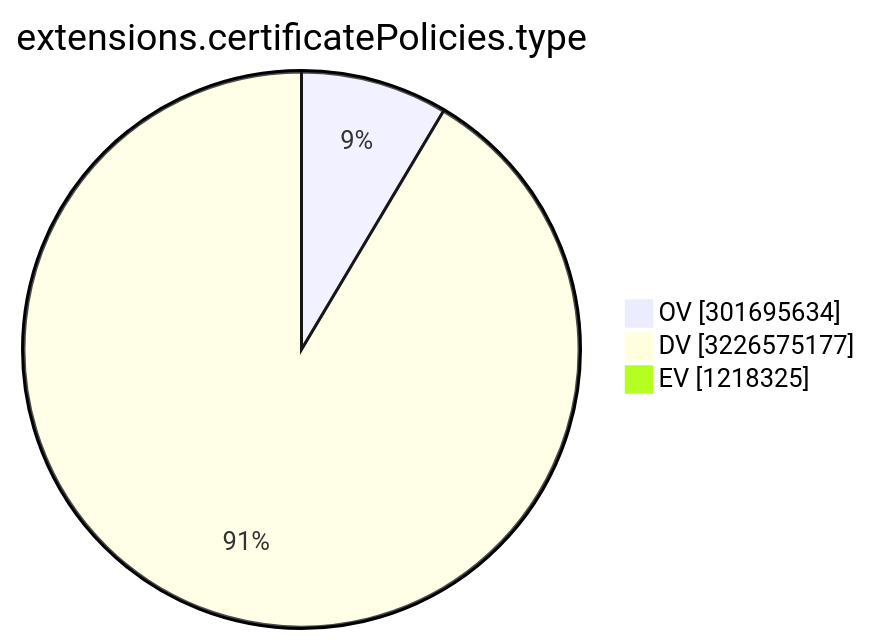
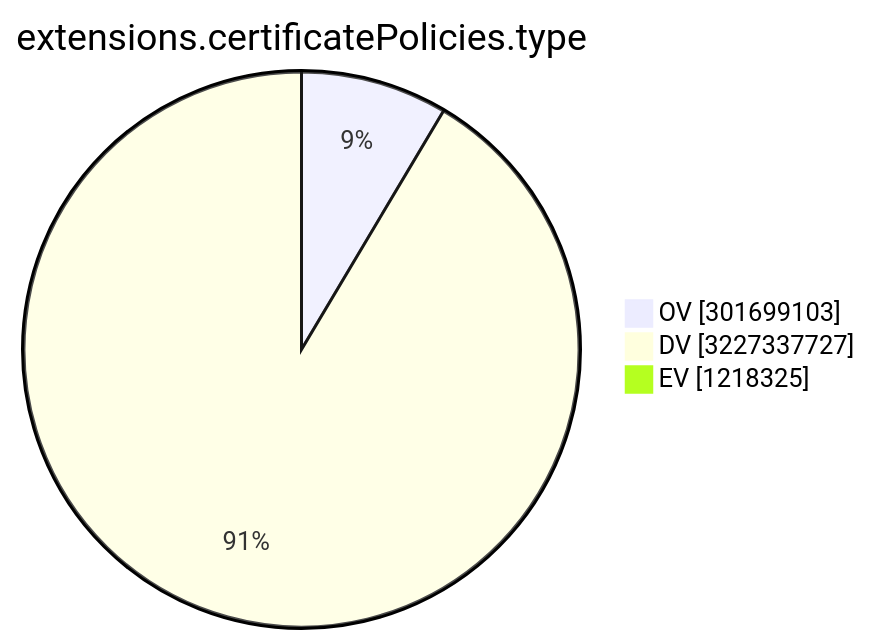
Before and after one commit to christiankrug/ctmonitor_visualization: the ninth of 15 diagrams in TOTAL/README.md, drawn with Mermaid. The commit also changed other lines of this file, not shown here.

````diff
--- a/TOTAL/README.md
+++ b/TOTAL/README.md
@@ -3107,7 +3107,7 @@
 ```mermaid
 pie showData
 title extensions.certificatePolicies.type
-"OV" :301695634
-"DV" :3226575177
+"OV" :301699103
+"DV" :3227337727
 "EV" :1218325
 ```
````
